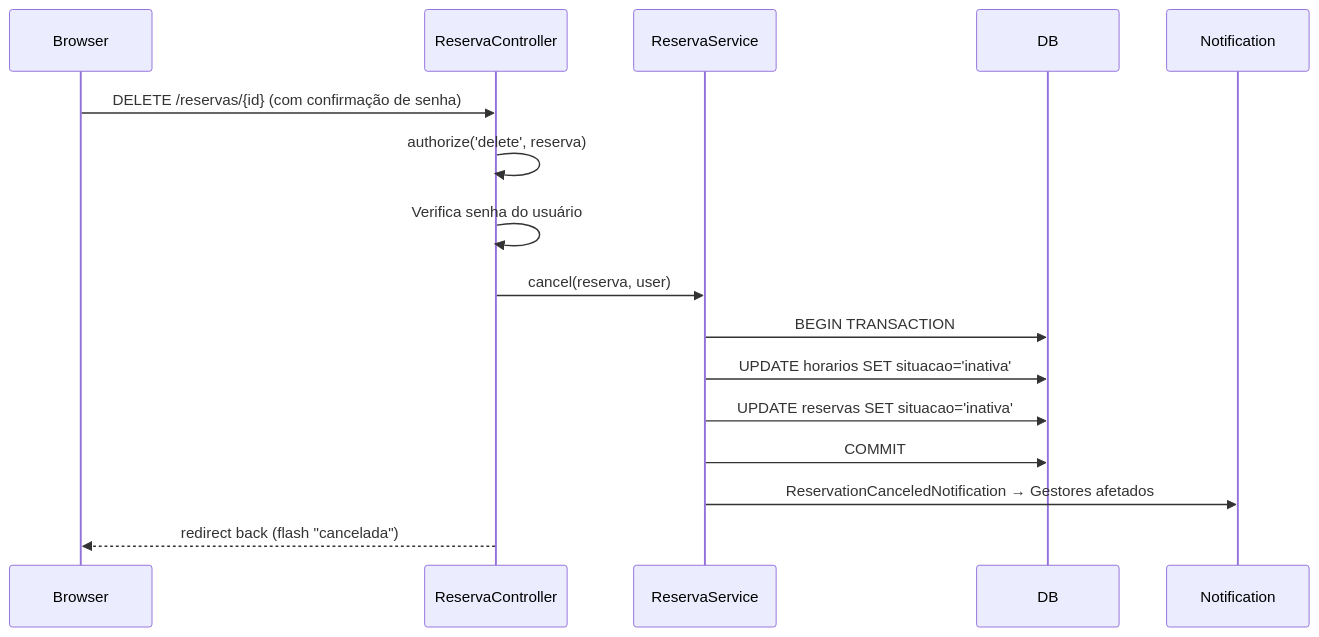
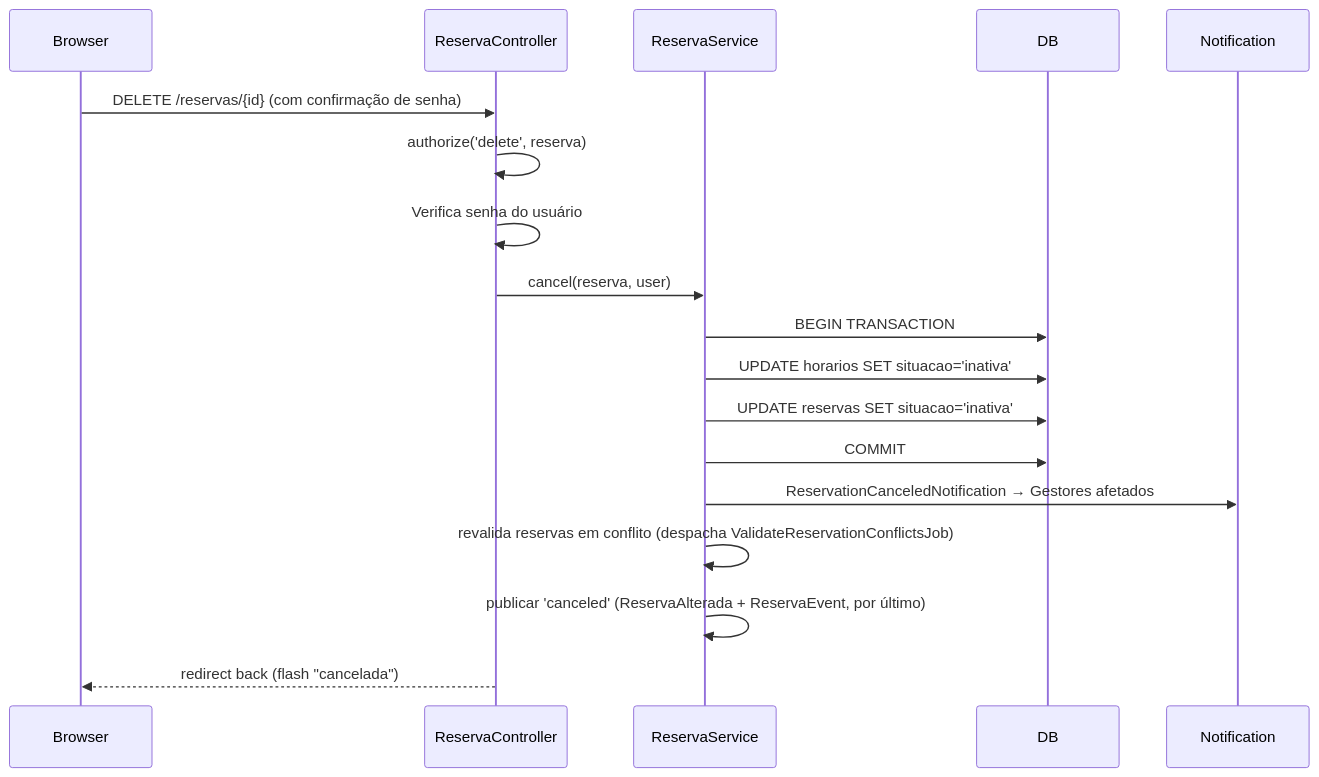
One commit to uniespacos/uniespacos changed the ninth of 11 diagrams in docs/regras-de-negocio/fluxo-de-reservas.md. Above: the diagram before and after it, drawn with Mermaid. The commit also changed other lines of this file and 7 other files, not shown here.

````diff
--- a/docs/regras-de-negocio/fluxo-de-reservas.md
+++ b/docs/regras-de-negocio/fluxo-de-reservas.md
@@ -394,19 +410,21 @@
 ```mermaid
 sequenceDiagram
     participant Browser
     participant ReservaController
     participant ReservaService
     participant DB
     participant Notification
 
     Browser->>ReservaController: DELETE /reservas/{id} (com confirmação de senha)
     ReservaController->>ReservaController: authorize('delete', reserva)
     ReservaController->>ReservaController: Verifica senha do usuário
     ReservaController->>ReservaService: cancel(reserva, user)
     ReservaService->>DB: BEGIN TRANSACTION
     ReservaService->>DB: UPDATE horarios SET situacao='inativa'
     ReservaService->>DB: UPDATE reservas SET situacao='inativa'
     ReservaService->>DB: COMMIT
     ReservaService->>Notification: ReservationCanceledNotification → Gestores afetados
+    ReservaService->>ReservaService: revalida reservas em conflito (despacha ValidateReservationConflictsJob)
+    ReservaService->>ReservaService: publicar 'canceled' (ReservaAlterada + ReservaEvent, por último)
     ReservaController-->>Browser: redirect back (flash "cancelada")
 ```
````
